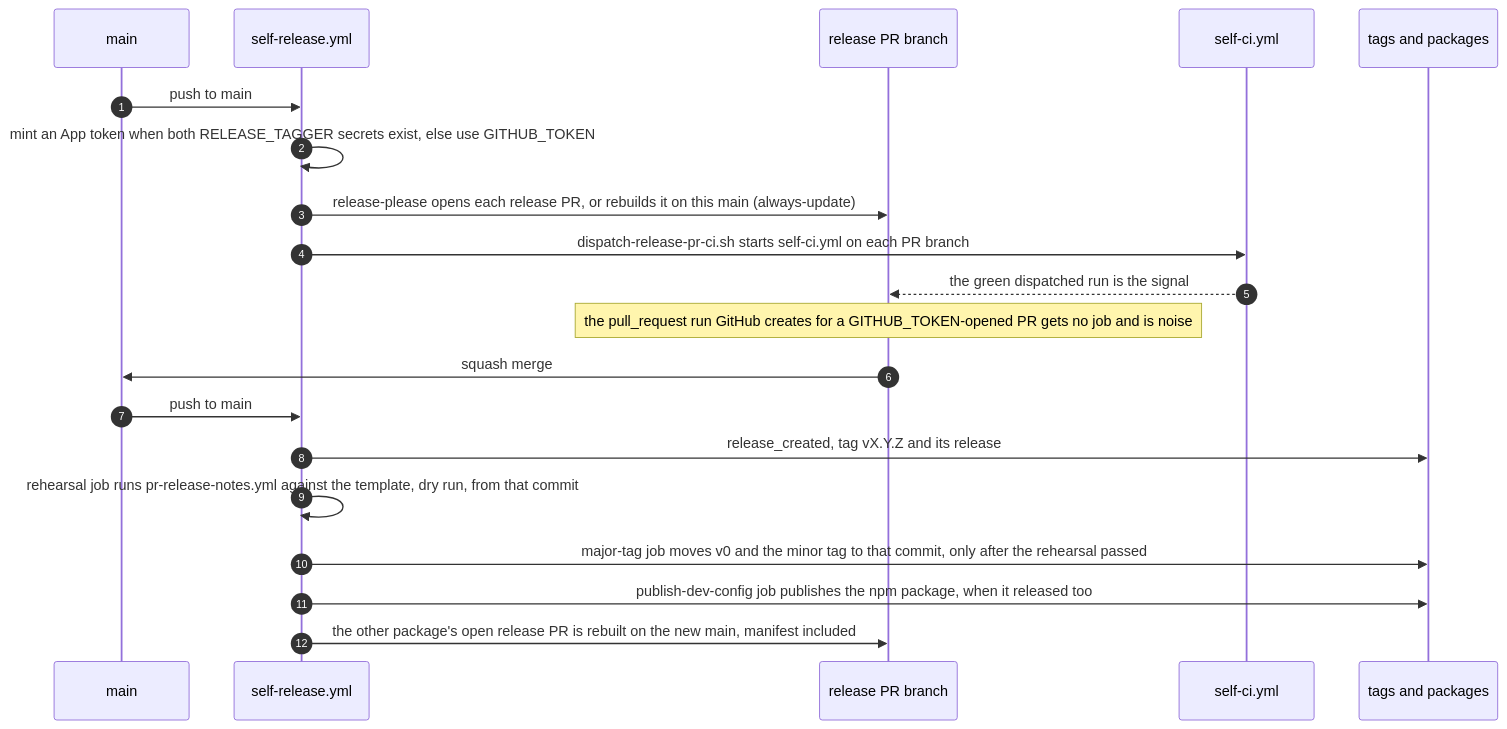
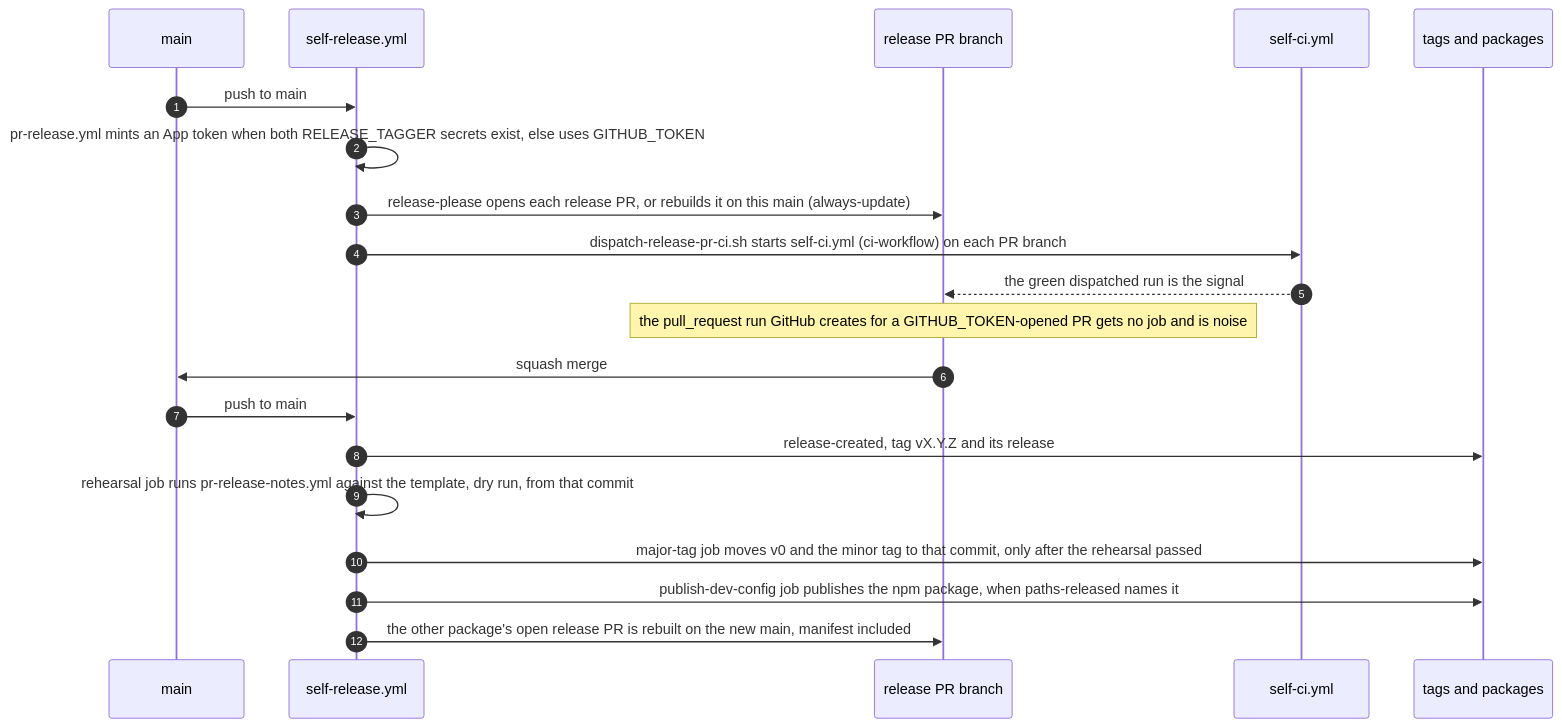
One commit to blinkbitcoin/shared-workflows changed the diagram in AGENTS.md. Above: the diagram before and after it, drawn with Mermaid. The commit also changed other lines of this file and 15 other files, not shown here.

````diff
--- a/AGENTS.md
+++ b/AGENTS.md
@@ -180,22 +182,22 @@
   ```mermaid
   sequenceDiagram
     autonumber
     participant main as main
     participant rel as self-release.yml
     participant pr as release PR branch
     participant ci as self-ci.yml
     participant tags as tags and packages
     main->>rel: push to main
-    rel->>rel: mint an App token when both RELEASE_TAGGER secrets exist, else use GITHUB_TOKEN
+    rel->>rel: pr-release.yml mints an App token when both RELEASE_TAGGER secrets exist, else uses GITHUB_TOKEN
     rel->>pr: release-please opens each release PR, or rebuilds it on this main (always-update)
-    rel->>ci: dispatch-release-pr-ci.sh starts self-ci.yml on each PR branch
+    rel->>ci: dispatch-release-pr-ci.sh starts self-ci.yml (ci-workflow) on each PR branch
     ci-->>pr: the green dispatched run is the signal
     Note over pr: the pull_request run GitHub creates for a GITHUB_TOKEN-opened PR gets no job and is noise
     pr->>main: squash merge
     main->>rel: push to main
-    rel->>tags: release_created, tag vX.Y.Z and its release
+    rel->>tags: release-created, tag vX.Y.Z and its release
     rel->>rel: rehearsal job runs pr-release-notes.yml against the template, dry run, from that commit
     rel->>tags: major-tag job moves v0 and the minor tag to that commit, only after the rehearsal passed
-    rel->>tags: publish-dev-config job publishes the npm package, when it released too
+    rel->>tags: publish-dev-config job publishes the npm package, when paths-released names it
     rel->>pr: the other package's open release PR is rebuilt on the new main, manifest included
   ```
````
